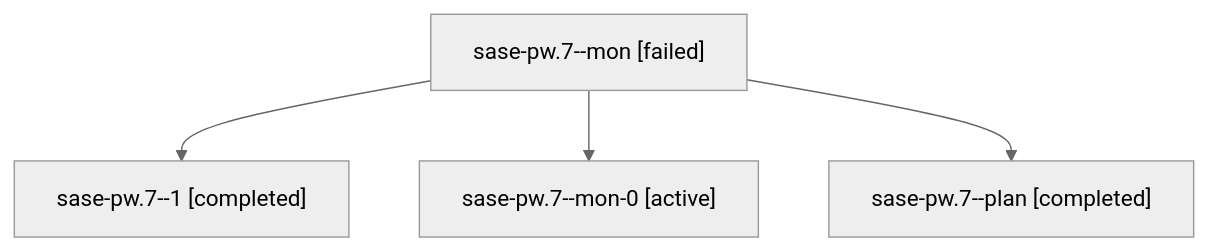
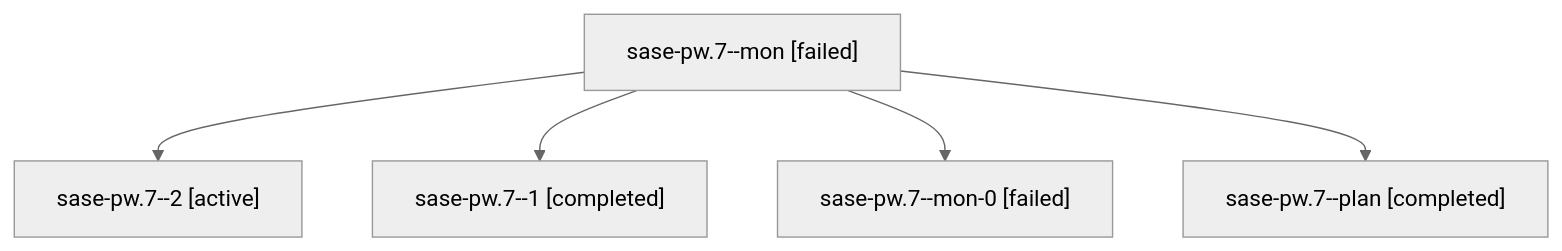
One commit to sase-org/sase--agents changed the diagram in families/bbugyi200.athena.sase-pw.7.md. Above: the diagram before and after it, drawn with Mermaid (neutral theme). The commit also changed other lines of this file and 60 other files, not shown here.

````diff
--- a/families/bbugyi200.athena.sase-pw.7.md
+++ b/families/bbugyi200.athena.sase-pw.7.md
@@ -9,10 +9,12 @@
 ```mermaid
 flowchart TD
   n0["sase-pw.7--mon [failed]"]
-  n1["sase-pw.7--1 [completed]"]
+  n1["sase-pw.7--2 [active]"]
   n0 --> n1
-  n2["sase-pw.7--mon-0 [active]"]
+  n2["sase-pw.7--1 [completed]"]
   n0 --> n2
-  n3["sase-pw.7--plan [completed]"]
+  n3["sase-pw.7--mon-0 [failed]"]
   n0 --> n3
+  n4["sase-pw.7--plan [completed]"]
+  n0 --> n4
 ```
````
